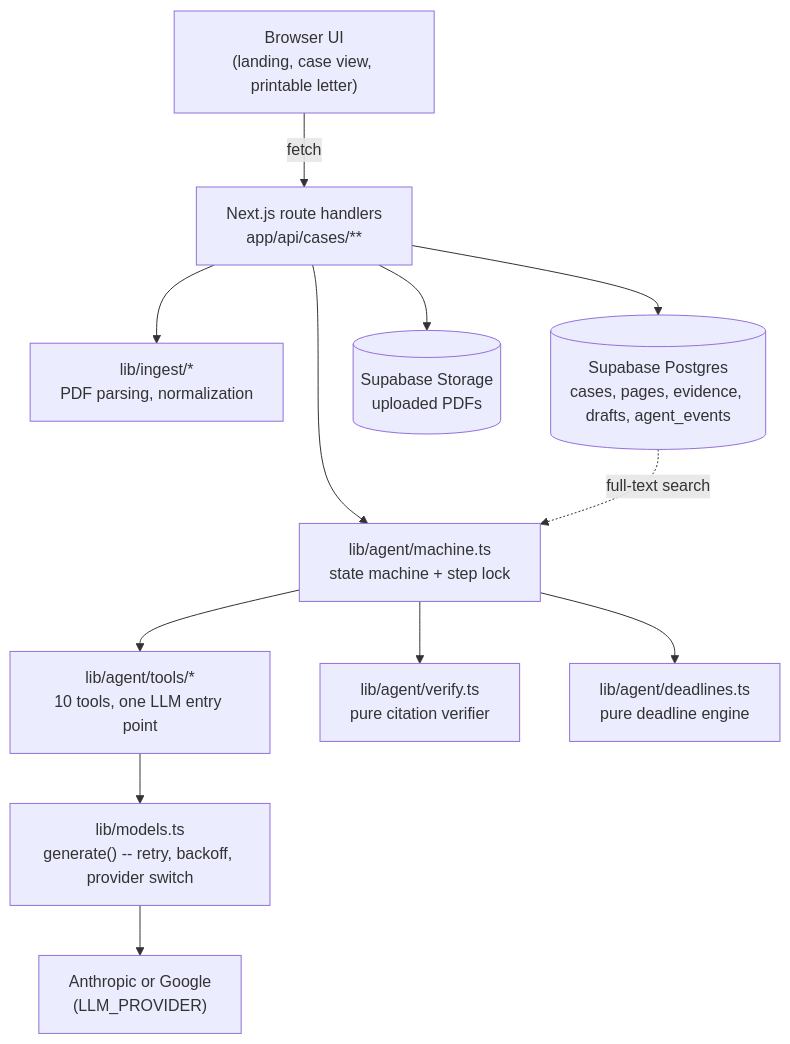
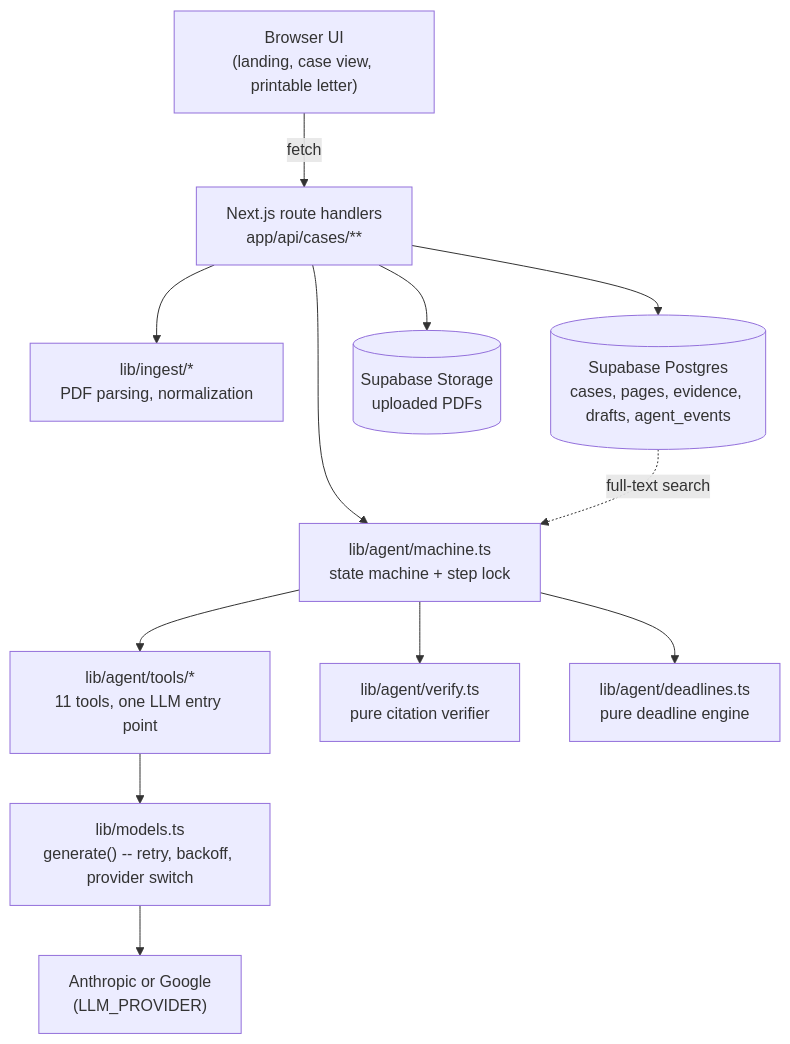
Before and after one commit to santheesh73/Agentic-AI-hack-ClaimPilot: the first of 2 diagrams in README.md, drawn with Mermaid. The commit also changed other lines of this file and 2 other files, not shown here.

First line of the commit message:
Docs: describe the exception-clause safeguard (README rule, diagram, tools, known issues)

````diff
--- a/README.md
+++ b/README.md
@@ -94,15 +94,15 @@
 ```mermaid
 flowchart TB
     UI["Browser UI<br/>(landing, case view, printable letter)"]
     UI -->|fetch| Routes["Next.js route handlers<br/>app/api/cases/**"]
     Routes --> Ingest["lib/ingest/*<br/>PDF parsing, normalization"]
     Routes --> Orchestrator["lib/agent/machine.ts<br/>state machine + step lock"]
-    Orchestrator --> Tools["lib/agent/tools/*<br/>10 tools, one LLM entry point"]
+    Orchestrator --> Tools["lib/agent/tools/*<br/>11 tools, one LLM entry point"]
     Tools --> Models["lib/models.ts<br/>generate() -- retry, backoff, provider switch"]
     Models --> LLM["Anthropic or Google<br/>(LLM_PROVIDER)"]
     Orchestrator --> Verifier["lib/agent/verify.ts<br/>pure citation verifier"]
     Orchestrator --> Deadlines["lib/agent/deadlines.ts<br/>pure deadline engine"]
     Routes --> DB[("Supabase Postgres<br/>cases, pages, evidence, drafts, agent_events")]
     Routes --> Storage[("Supabase Storage<br/>uploaded PDFs")]
     DB -. full-text search .-> Orchestrator
 ```
````
